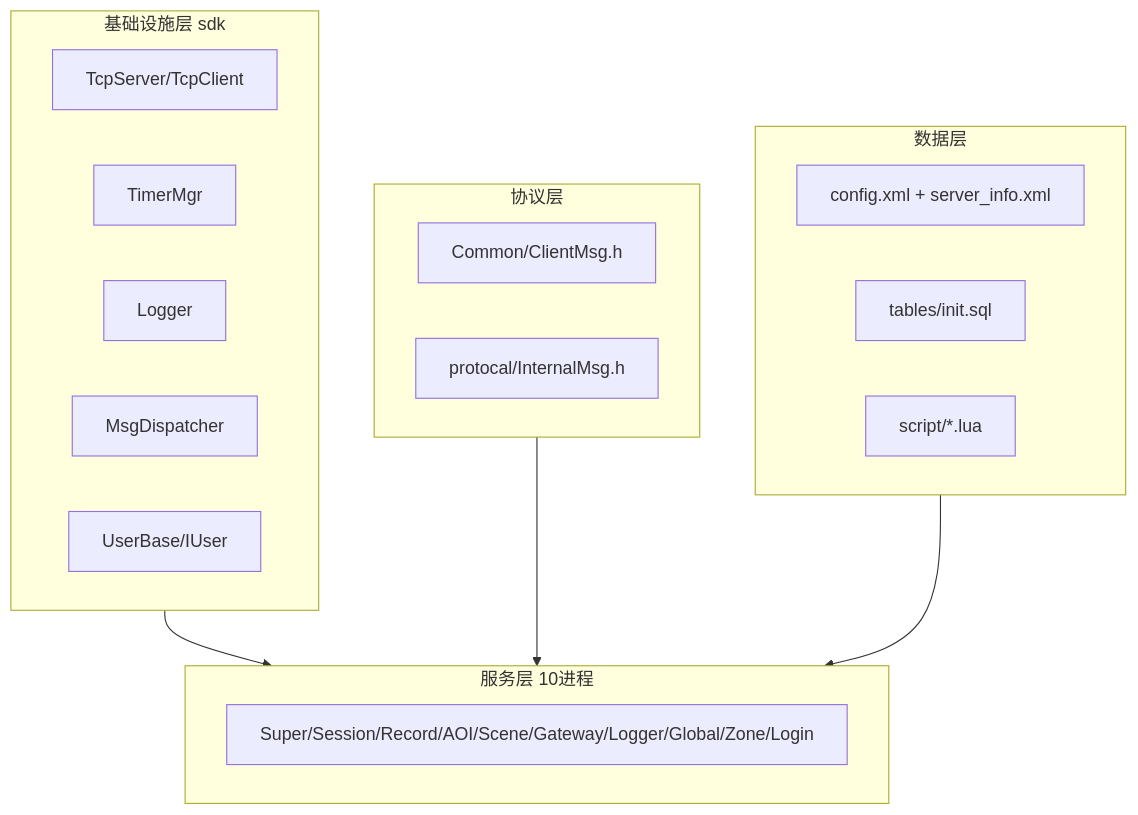
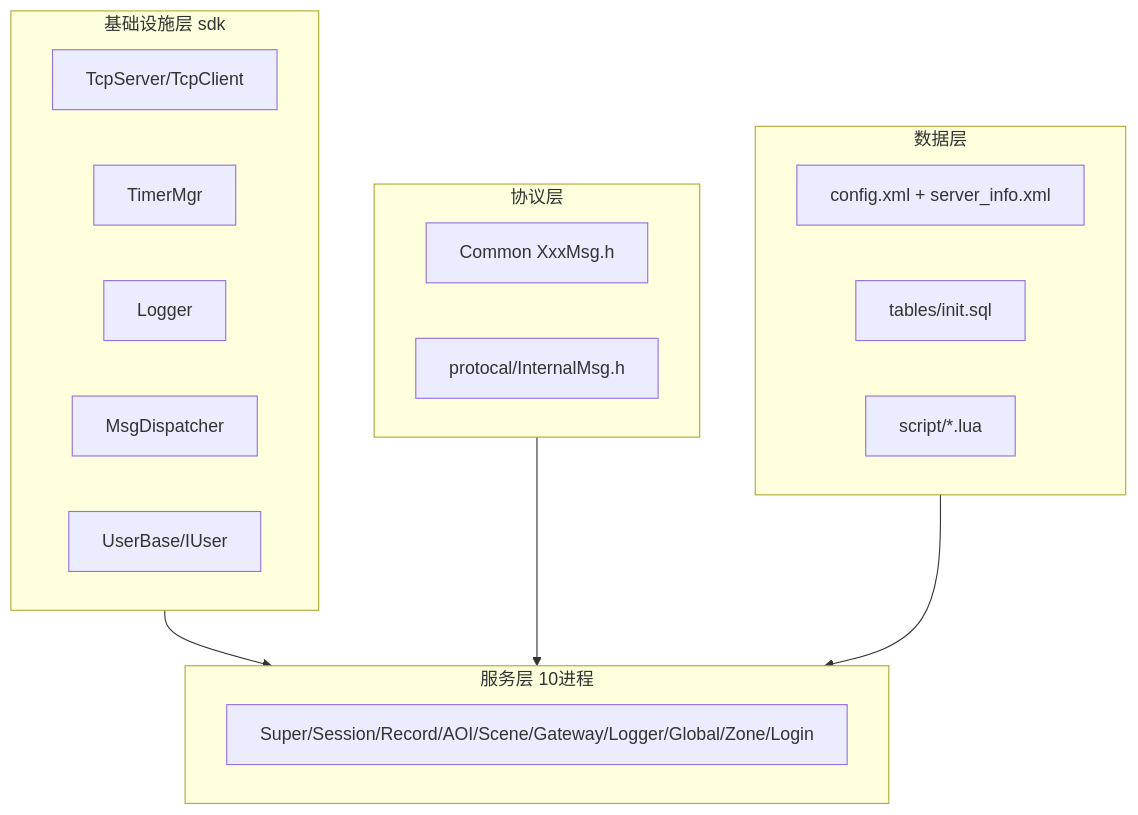
Before and after one commit to hechuangguo/RPG_Server: the sixth of 6 diagrams in docs/ARCHITECTURE.md, drawn with Mermaid. The commit also changed other lines of this file and 35 other files, not shown here.

````diff
--- a/docs/ARCHITECTURE.md
+++ b/docs/ARCHITECTURE.md
@@ -458,29 +460,29 @@
 ```mermaid
 flowchart TB
     subgraph infra [基础设施层 sdk]
         Net[TcpServer/TcpClient]
         Timer[TimerMgr]
         Log[Logger]
         Disp[MsgDispatcher]
         User[UserBase/IUser]
     end
 
     subgraph proto [协议层]
-        ClientProto[Common/ClientMsg.h]
+        ClientProto[Common XxxMsg.h]
         InternalProto[protocal/InternalMsg.h]
     end
 
     subgraph services [服务层 10进程]
         SVC[Super/Session/Record/AOI/Scene/Gateway/Logger/Global/Zone/Login]
     end
 
     subgraph data [数据层]
         XML[config.xml + server_info.xml]
         SQL[tables/init.sql]
         LuaScript[script/*.lua]
     end
 
     infra --> services
     proto --> services
     data --> services
 ```
````
